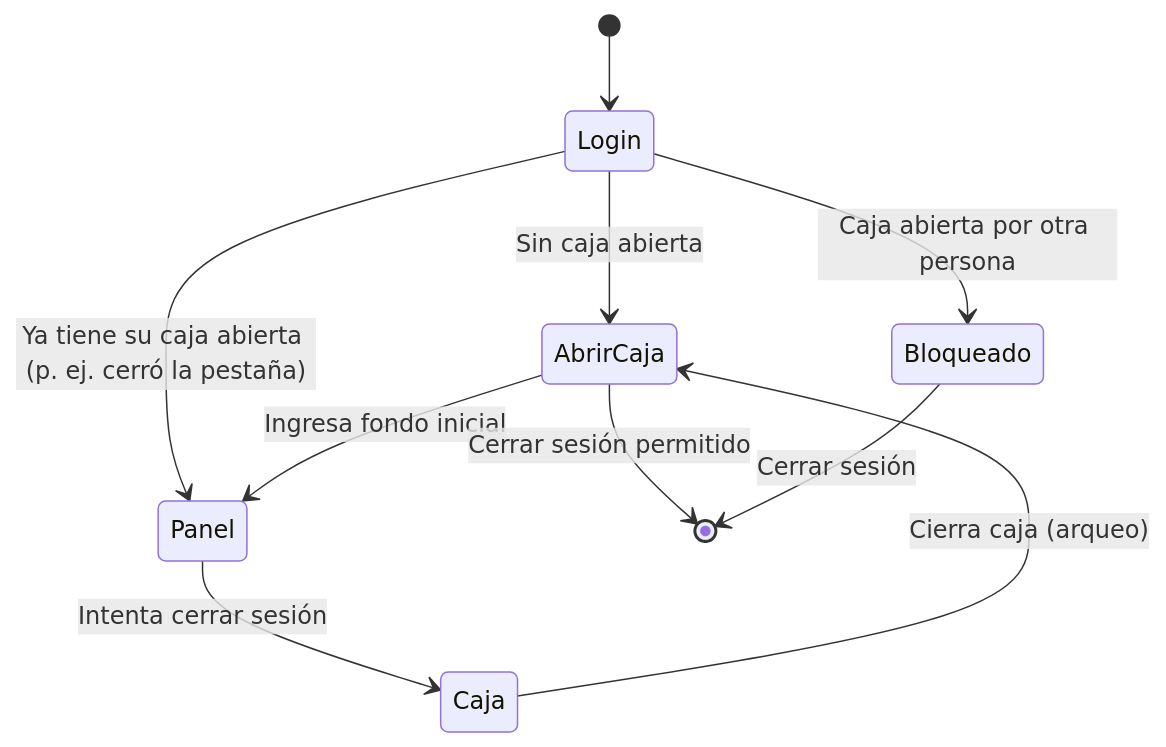
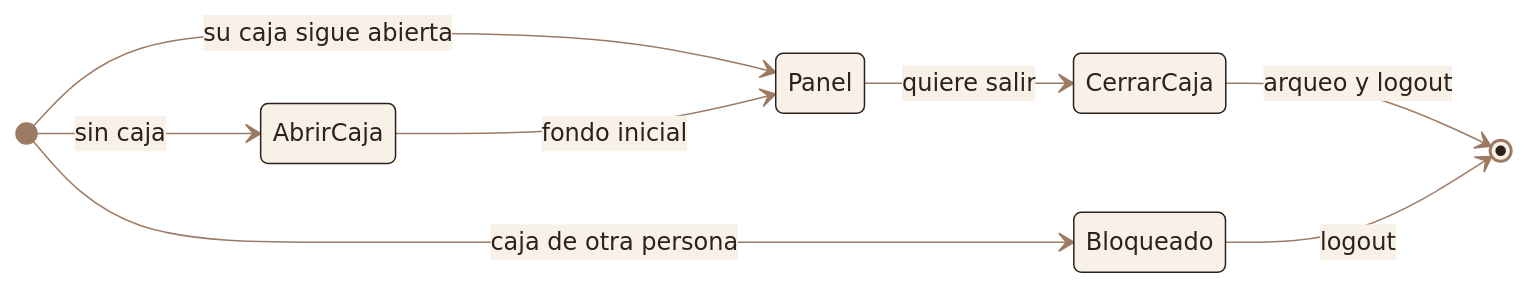
Before and after one commit to HotelGotitass/Hotel-frontend: the third of 5 diagrams in README.md, drawn with Mermaid. The commit also changed other lines of this file, not shown here.

Commit message:
docs: rediseno del README con encabezado, tarjetas y diagramas con la paleta de marca

````diff
--- a/README.md
+++ b/README.md
@@ -62,12 +77,12 @@
 ```mermaid
+%%{init: {"theme":"base","themeVariables":{"primaryColor":"#F7F1E8","primaryTextColor":"#2E211B","primaryBorderColor":"#2E211B","lineColor":"#9C7A63","secondaryColor":"#ECA8D6","tertiaryColor":"#FBF8F3","edgeLabelBackground":"#F7F1E8","noteBkgColor":"#ECA8D6","noteTextColor":"#2E211B","noteBorderColor":"#2E211B","actorBkg":"#2E211B","actorTextColor":"#F7F1E8","actorBorder":"#2E211B","actorLineColor":"#9C7A63","signalColor":"#9C7A63","signalTextColor":"#9C7A63","labelBoxBkgColor":"#ECA8D6","labelTextColor":"#2E211B","loopTextColor":"#9C7A63","attributeBackgroundColorOdd":"#FBF8F3","attributeBackgroundColorEven":"#F7F1E8"}}}%%
 stateDiagram-v2
-    [*] --> Login
-    Login --> AbrirCaja: Sin caja abierta
-    Login --> Panel: Ya tiene su caja abierta (p. ej. cerró la pestaña)
-    Login --> Bloqueado: Caja abierta por otra persona
-    AbrirCaja --> Panel: Ingresa fondo inicial
-    Panel --> Caja: Intenta cerrar sesión
-    Caja --> AbrirCaja: Cierra caja (arqueo)
-    AbrirCaja --> [*]: Cerrar sesión permitido
-    Bloqueado --> [*]: Cerrar sesión
+    direction LR
+    [*] --> AbrirCaja: sin caja
+    [*] --> Panel: su caja sigue abierta
+    [*] --> Bloqueado: caja de otra persona
+    AbrirCaja --> Panel: fondo inicial
+    Panel --> CerrarCaja: quiere salir
+    CerrarCaja --> [*]: arqueo y logout
+    Bloqueado --> [*]: logout
 ```
````
